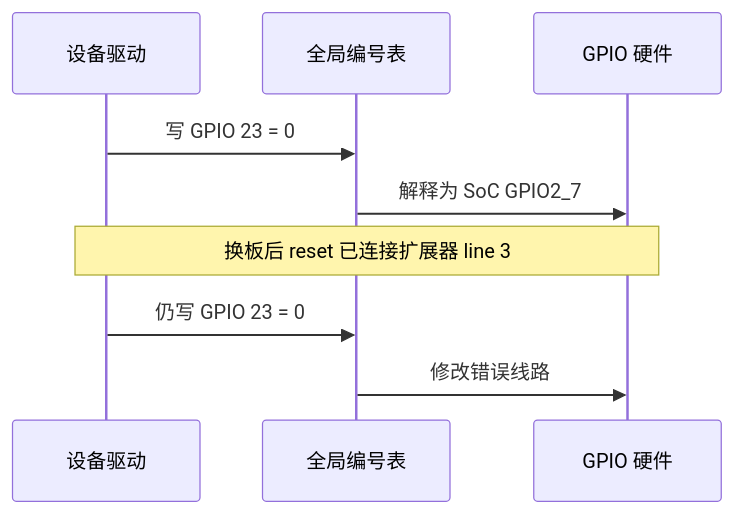
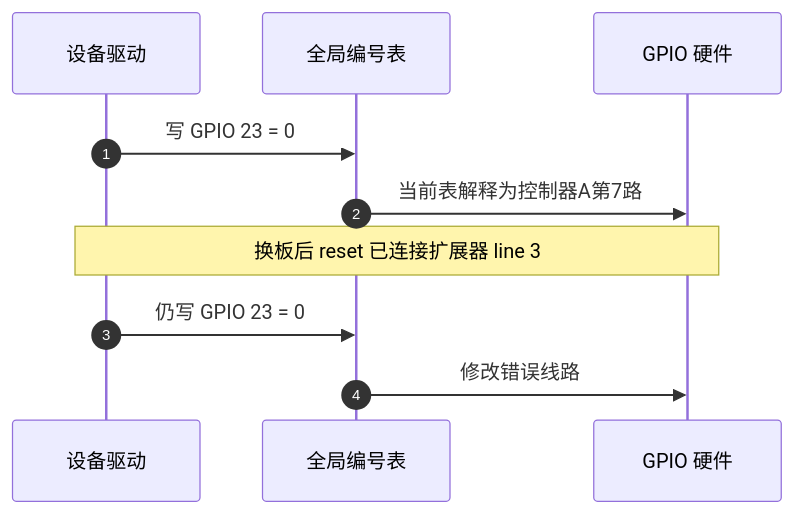
The second of 4 diagrams in knowledge/driver_model/gpio/P01_从寄存器位到_GPIO_连接抽象.md (FormingSystem/linux_note), drawn with Mermaid before and after one commit. The commit also changed other lines of this file and 5 other files, not shown here.

````diff
--- a/knowledge/driver_model/gpio/P01_从寄存器位到_GPIO_连接抽象.md
+++ b/knowledge/driver_model/gpio/P01_从寄存器位到_GPIO_连接抽象.md
@@ -27,11 +48,12 @@
 ```mermaid
 sequenceDiagram
+    autonumber
     participant D as 设备驱动
     participant N as 全局编号表
     participant H as GPIO 硬件
     D->>N: 写 GPIO 23 = 0
-    N->>H: 解释为 SoC GPIO2_7
+    N->>H: 当前表解释为控制器A第7路
     Note over D,H: 换板后 reset 已连接扩展器 line 3
     D->>N: 仍写 GPIO 23 = 0
     N->>H: 修改错误线路
 ```
````
